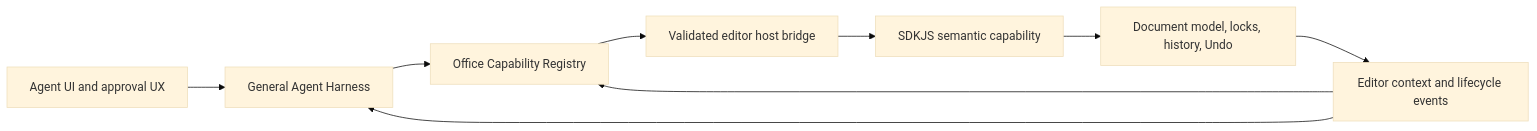
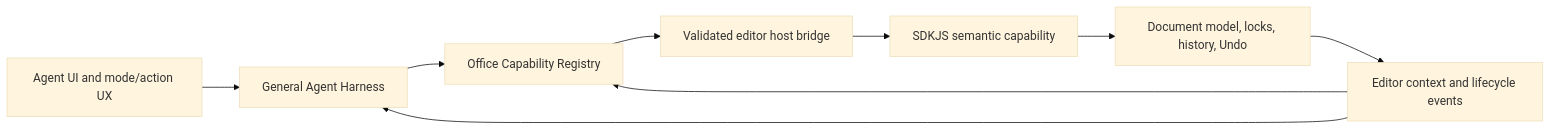
The diagram in AURALITH_AI_NATIVE_ARCHITECTURE.md (Yecyi/Auralith_Editer), drawn with Mermaid (base theme) before and after one commit. The commit also changed other lines of this file and 4 other files, not shown here.

Commit message:
feat(agent): make Word writes mode-native

````diff
--- a/AURALITH_AI_NATIVE_ARCHITECTURE.md
+++ b/AURALITH_AI_NATIVE_ARCHITECTURE.md
@@ -176,19 +179,19 @@
 ```mermaid
 flowchart LR
-    UI["Agent UI and approval UX"]
+    UI["Agent UI and mode/action UX"]
     Runtime["General Agent Harness"]
     Registry["Office Capability Registry"]
     Host["Validated editor host bridge"]
     SDK["SDKJS semantic capability"]
     Model["Document model, locks, history, Undo"]
     Context["Editor context and lifecycle events"]
 
     UI --> Runtime
     Runtime --> Registry
     Registry --> Host
     Host --> SDK
     SDK --> Model
     Context --> Registry
     Context --> Runtime
     Model --> Context
 ```
````
